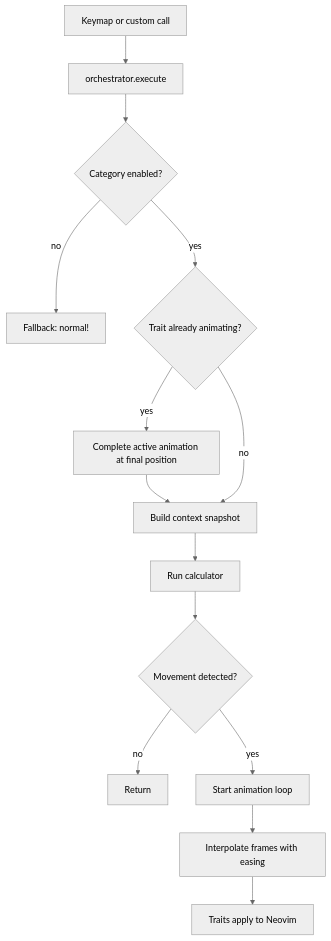
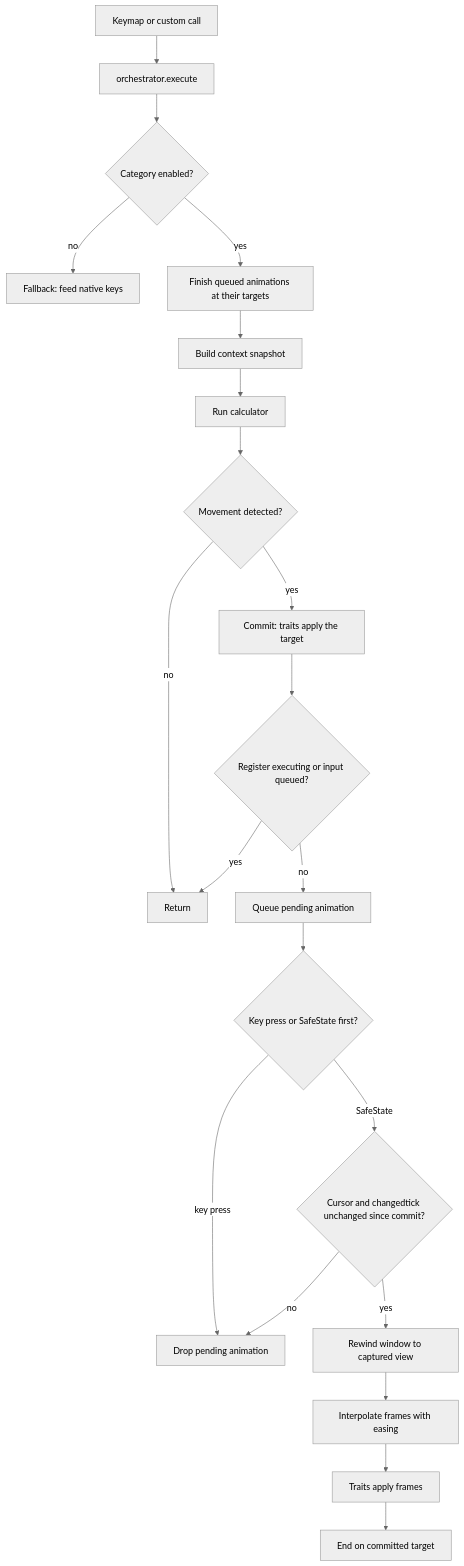
Before and after one commit to josstei/whisk.nvim: the first of 2 diagrams in docs/ARCHITECTURE.md, drawn with Mermaid (neutral theme). The commit also changed other lines of this file and 2 other files, not shown here.

First line of the commit message:
docs: describe the commit-first model and the Neovim 0.10 requirement

````diff
--- a/docs/ARCHITECTURE.md
+++ b/docs/ARCHITECTURE.md
@@ -78,16 +79,23 @@
 ```mermaid
 flowchart TD
   A[Keymap or custom call] --> B[orchestrator.execute]
   B --> C{Category enabled?}
-  C -- no --> D[Fallback: normal!]
-  C -- yes --> E{Trait already animating?}
-  E -- yes --> F[Complete active animation at final position]
-  F --> G[Build context snapshot]
-  E -- no --> G
+  C -- no --> D[Fallback: feed native keys]
+  C -- yes --> E[Finish queued animations at their targets]
+  E --> G[Build context snapshot]
   G --> H[Run calculator]
   H --> I{Movement detected?}
   I -- no --> J[Return]
-  I -- yes --> K[Start animation loop]
-  K --> L[Interpolate frames with easing]
-  L --> M[Traits apply to Neovim]
+  I -- yes --> K[Commit: traits apply the target]
+  K --> S{Register executing or input queued?}
+  S -- yes --> J
+  S -- no --> P[Queue pending animation]
+  P --> Q{Key press or SafeState first?}
+  Q -- key press --> R[Drop pending animation]
+  Q -- SafeState --> T{Cursor and changedtick unchanged since commit?}
+  T -- no --> R
+  T -- yes --> U[Rewind window to captured view]
+  U --> L[Interpolate frames with easing]
+  L --> M[Traits apply frames]
+  M --> V[End on committed target]
 ```
````
